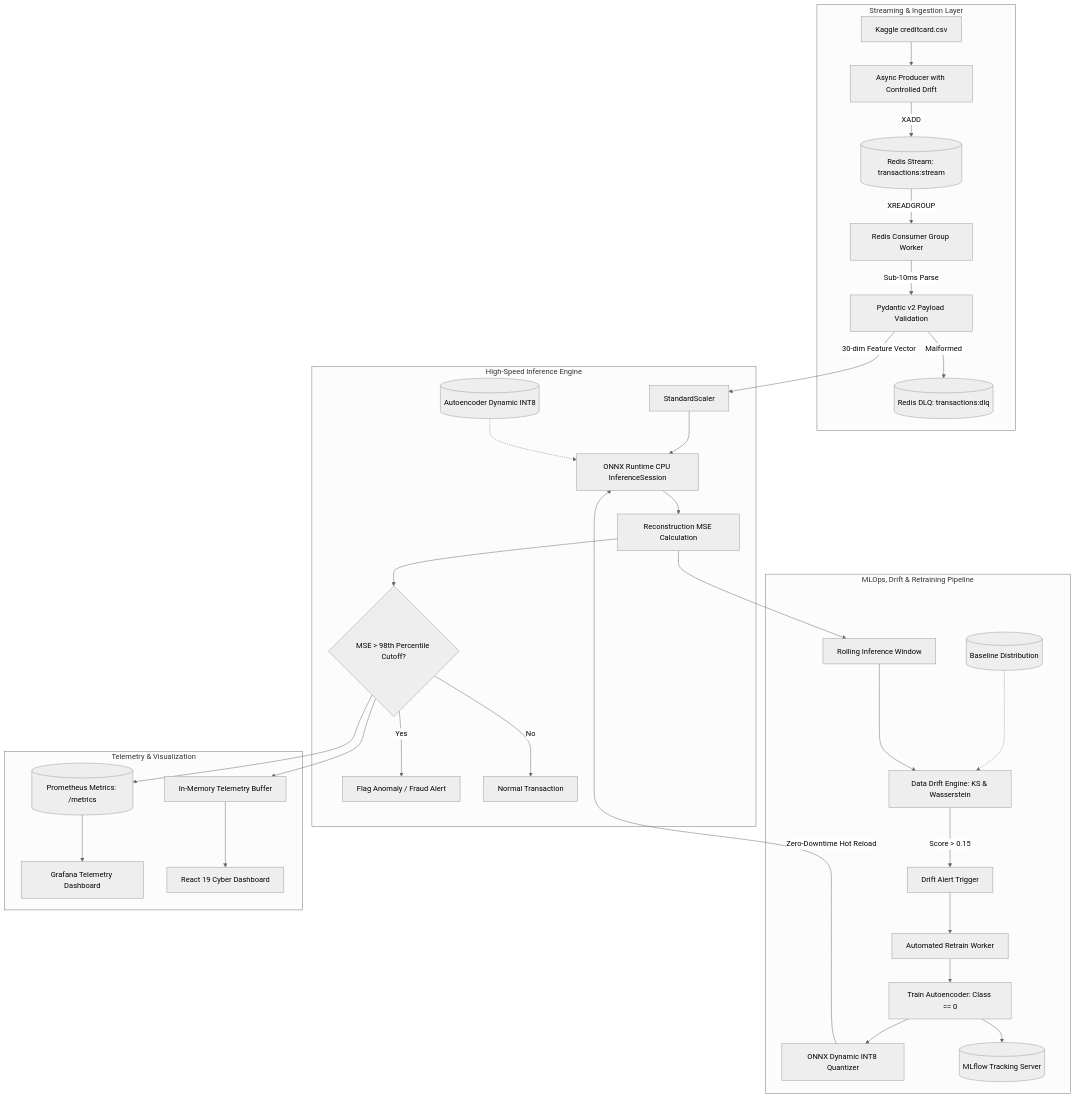
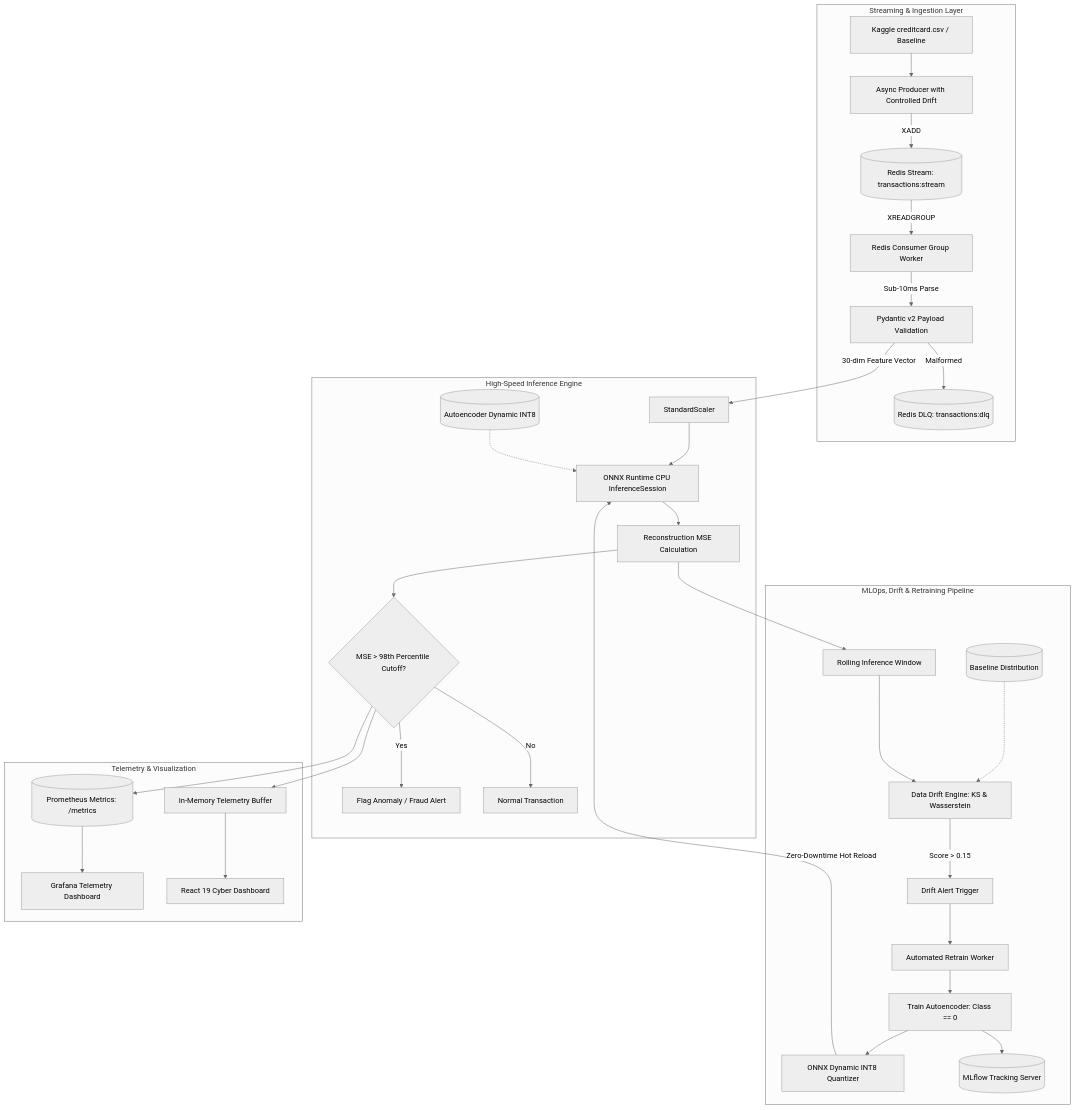
Before and after one commit to Icey067/realtime-mlops-anomaly-detection: the diagram in README.md, drawn with Mermaid (neutral theme). The commit also changed other lines of this file and 1 other file, not shown here.

````diff
--- a/README.md
+++ b/README.md
@@ -15,39 +15,39 @@
 ```mermaid
 flowchart TD
     subgraph Ingestion ["Streaming & Ingestion Layer"]
-        CSV[Kaggle creditcard.csv] --> Producer[Async Producer with Controlled Drift]
+        CSV[Kaggle creditcard.csv / Baseline] --> Producer[Async Producer with Controlled Drift]
         Producer -->|XADD| Stream[(Redis Stream: transactions:stream)]
         Stream -->|XREADGROUP| Consumer[Redis Consumer Group Worker]
         Consumer -->|Sub-10ms Parse| Pydantic[Pydantic v2 Payload Validation]
         Pydantic -->|Malformed| DLQ[(Redis DLQ: transactions:dlq)]
     end
 
     subgraph Inference ["High-Speed Inference Engine"]
         Pydantic -->|30-dim Feature Vector| Scaler[StandardScaler]
         Scaler --> Predictor[ONNX Runtime CPU InferenceSession]
         ModelWeights[(Autoencoder Dynamic INT8)] -.-> Predictor
         Predictor --> MSE[Reconstruction MSE Calculation]
-        MSE --> Decision{MSE > 98th Percentile Cutoff?}
-        Decision -->|Yes| AnomalyFlag[Flag Anomaly / Fraud Alert]
+        Decision{MSE > 98th Percentile Cutoff?} -->|Yes| AnomalyFlag[Flag Anomaly / Fraud Alert]
+        MSE --> Decision
         Decision -->|No| NormalFlag[Normal Transaction]
     end
 
     subgraph MLOps ["MLOps, Drift & Retraining Pipeline"]
         MSE --> DriftBuffer[Rolling Inference Window]
         BaselineData[(Baseline Distribution)] -.-> DriftMonitor[Data Drift Engine: KS & Wasserstein]
         DriftBuffer --> DriftMonitor
         DriftMonitor -->|Score > 0.15| Alert[Drift Alert Trigger]
         Alert --> RetrainPipeline[Automated Retrain Worker]
         RetrainPipeline --> PyTorchTrain[Train Autoencoder: Class == 0]
         PyTorchTrain --> Quantizer[ONNX Dynamic INT8 Quantizer]
         Quantizer -->|Zero-Downtime Hot Reload| Predictor
         PyTorchTrain --> MLflow[(MLflow Tracking Server)]
     end
 
     subgraph Observability ["Telemetry & Visualization"]
         Decision --> Prometheus[(Prometheus Metrics: /metrics)]
         Prometheus --> Grafana[Grafana Telemetry Dashboard]
         Decision --> LiveBuffer[In-Memory Telemetry Buffer]
         LiveBuffer --> ReactApp[React 19 Cyber Dashboard]
     end
 ```
````
